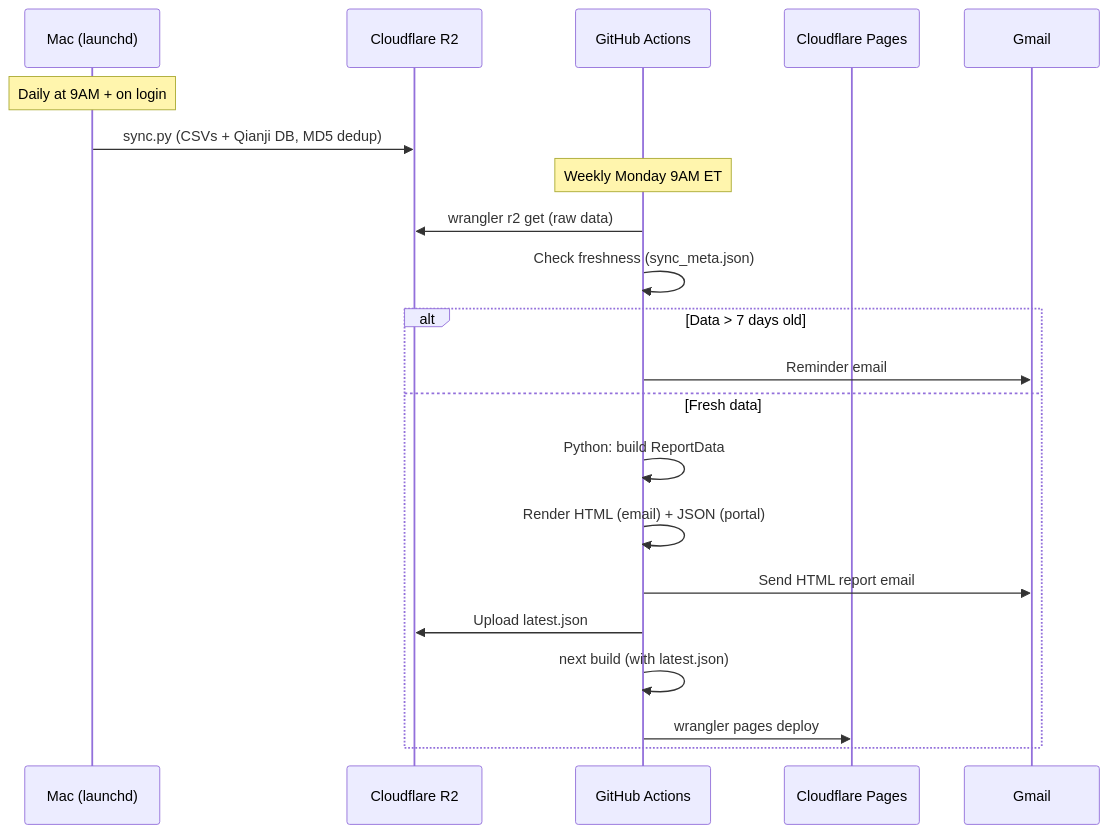
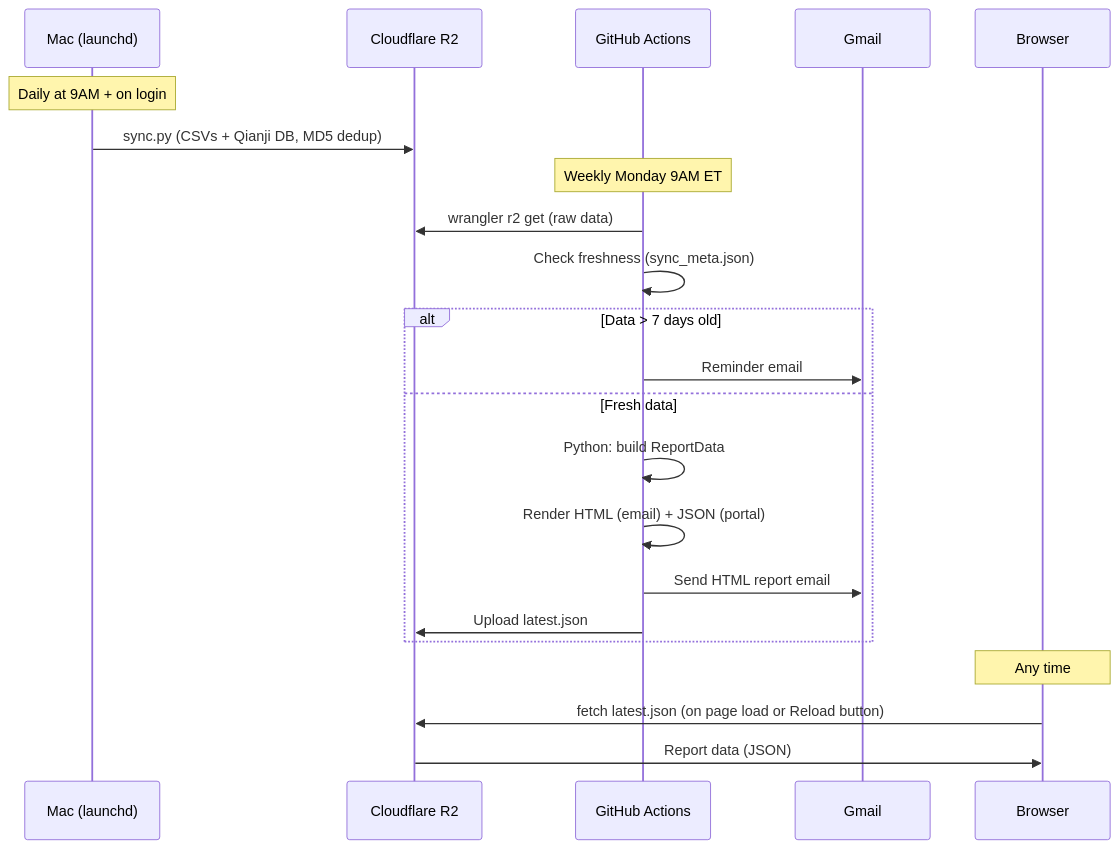
The second of 4 diagrams in README.md (Guoyuer/portal), drawn with Mermaid before and after one commit. The commit also changed other lines of this file, not shown here.

Commit message:
docs: Update README for dynamic R2 fetch architecture

````diff
--- a/README.md
+++ b/README.md
@@ -45,25 +46,27 @@
 ```mermaid
 sequenceDiagram
     participant Mac as Mac (launchd)
     participant R2 as Cloudflare R2
     participant GA as GitHub Actions
-    participant CF as Cloudflare Pages
     participant GM as Gmail
+    participant User as Browser
 
     Note over Mac: Daily at 9AM + on login
     Mac->>R2: sync.py (CSVs + Qianji DB, MD5 dedup)
 
     Note over GA: Weekly Monday 9AM ET
     GA->>R2: wrangler r2 get (raw data)
     GA->>GA: Check freshness (sync_meta.json)
     alt Data > 7 days old
         GA->>GM: Reminder email
     else Fresh data
         GA->>GA: Python: build ReportData
         GA->>GA: Render HTML (email) + JSON (portal)
         GA->>GM: Send HTML report email
         GA->>R2: Upload latest.json
-        GA->>GA: next build (with latest.json)
-        GA->>CF: wrangler pages deploy
     end
+
+    Note over User: Any time
+    User->>R2: fetch latest.json (on page load or Reload button)
+    R2->>User: Report data (JSON)
 ```
````
